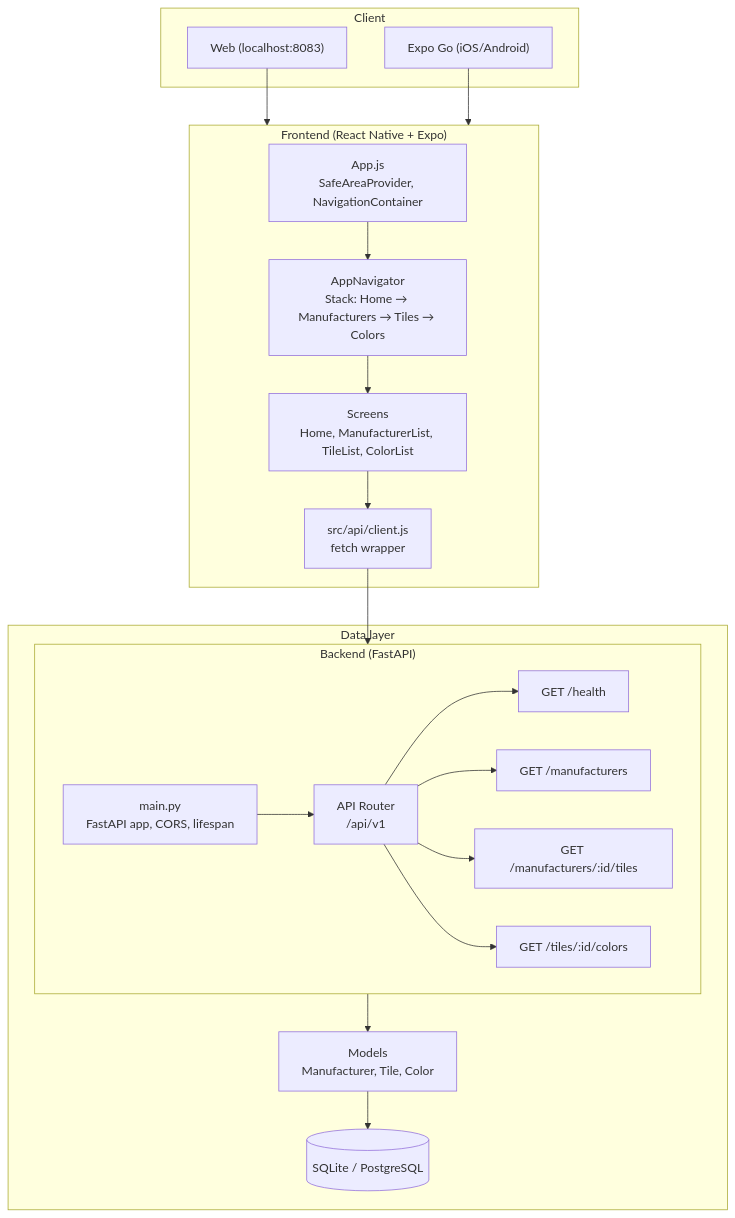
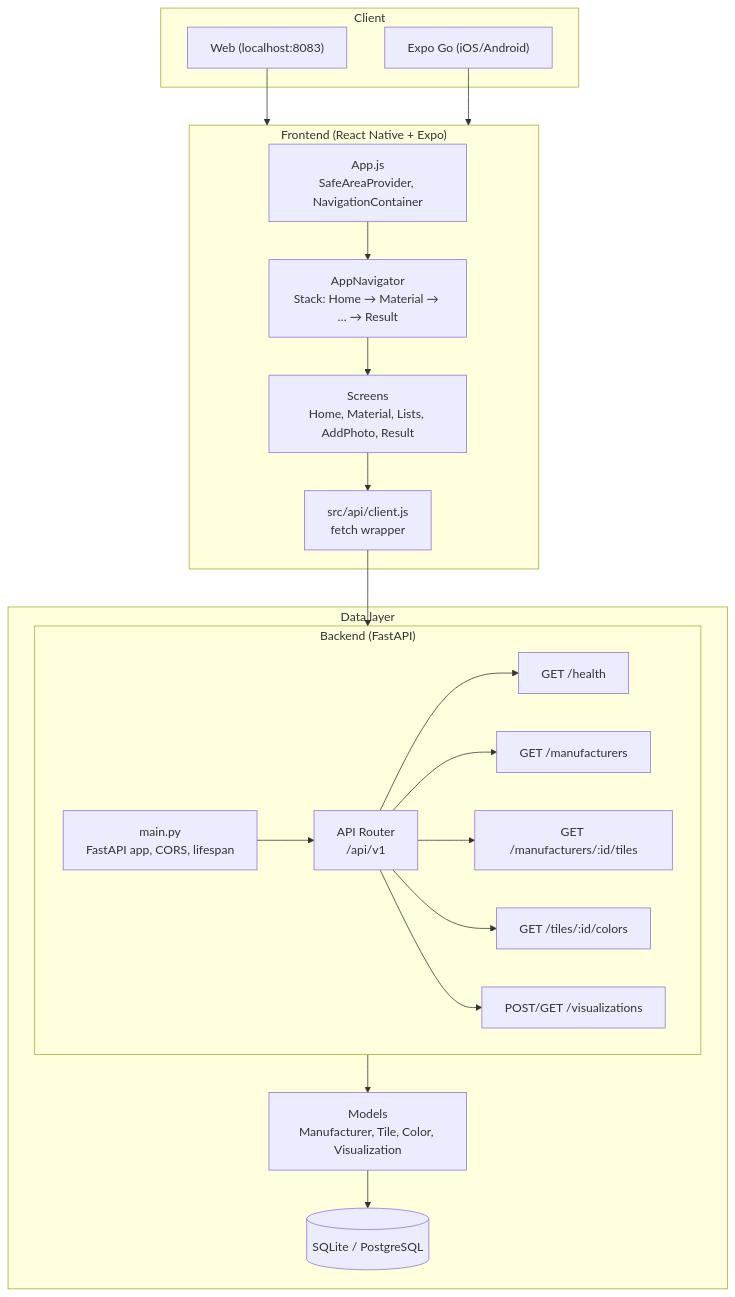
The first of 2 diagrams in docs/ARCHITECTURE.md (rohanshenoy145/RoofVision), drawn with Mermaid before and after one commit. The commit also changed other lines of this file and 67 other files, not shown here.

````diff
--- a/docs/ARCHITECTURE.md
+++ b/docs/ARCHITECTURE.md
@@ -36,41 +36,43 @@
 ```mermaid
 flowchart TB
     subgraph Client["Client"]
         Web["Web (localhost:8083)"]
         ExpoGo["Expo Go (iOS/Android)"]
     end
 
     subgraph Frontend["Frontend (React Native + Expo)"]
         App["App.js\nSafeAreaProvider, NavigationContainer"]
-        Nav["AppNavigator\nStack: Home → Manufacturers → Tiles → Colors"]
-        Screens["Screens\nHome, ManufacturerList, TileList, ColorList"]
+        Nav["AppNavigator\nStack: Home → Material → … → Result"]
+        Screens["Screens\nHome, Material, Lists, AddPhoto, Result"]
         APIClient["src/api/client.js\nfetch wrapper"]
         App --> Nav --> Screens
         Screens --> APIClient
     end
 
     subgraph Backend["Backend (FastAPI)"]
         Main["main.py\nFastAPI app, CORS, lifespan"]
         Router["API Router\n/api/v1"]
         Health["GET /health"]
         Manufacturers["GET /manufacturers"]
         Tiles["GET /manufacturers/:id/tiles"]
         Colors["GET /tiles/:id/colors"]
+        Viz["POST/GET /visualizations"]
         Main --> Router
         Router --> Health
         Router --> Manufacturers
         Router --> Tiles
         Router --> Colors
+        Router --> Viz
     end
 
     subgraph Data["Data layer"]
         DB[(SQLite / PostgreSQL)]
-        Models["Models\nManufacturer, Tile, Color"]
+        Models["Models\nManufacturer, Tile, Color, Visualization"]
         Backend --> Models
         Models --> DB
     end
 
     Web --> Frontend
     ExpoGo --> Frontend
     APIClient --> Backend
 ```
````
